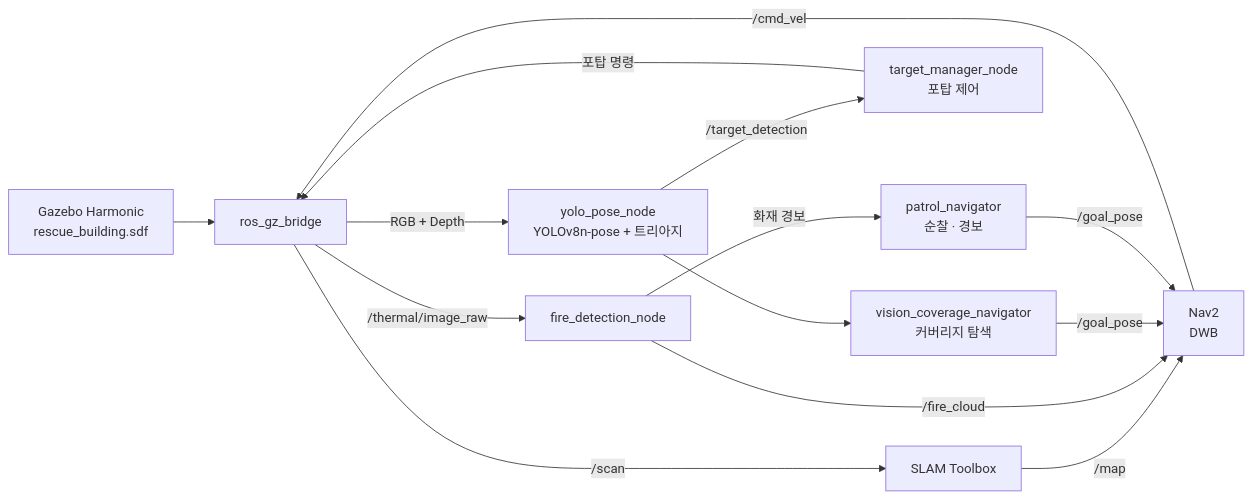
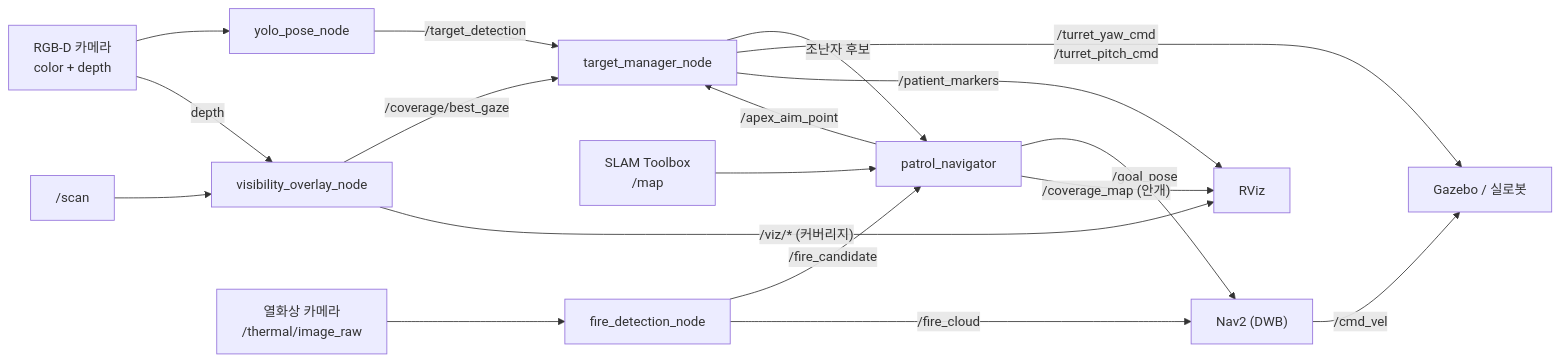
Before and after one commit to iamracco0n/ugv-rescue-robot: the diagram in README.md, drawn with Mermaid. The commit also changed other lines of this file and 10 other files, not shown here.

````diff
--- a/README.md
+++ b/README.md
@@ -56,21 +64,23 @@
 ```mermaid
-graph LR
-  GZ["Gazebo Harmonic<br/>rescue_building.sdf"]
-  BR["ros_gz_bridge"]
-  GZ --> BR
+flowchart LR
+    CAM["RGB-D 카메라<br/>color + depth"] --> YOLO[yolo_pose_node]
+    CAM -->|depth| OVL[visibility_overlay_node]
+    THERM["열화상 카메라<br/>/thermal/image_raw"] --> FIRE[fire_detection_node]
+    MAP["SLAM Toolbox<br/>/map"] --> PAT
+    SCAN["/scan"] --> OVL
 
-  BR -->|/scan| SLAM["SLAM Toolbox"]
-  BR -->|"RGB + Depth"| YOLO["yolo_pose_node<br/>YOLOv8n-pose + 트리아지"]
-  BR -->|"/thermal/image_raw"| FIRE["fire_detection_node"]
+    OVL -->|/coverage/best_gaze| TM[target_manager_node]
+    OVL -->|"/viz/* (커버리지)"| RVIZ["RViz"]
 
-  SLAM -->|/map| NAV["Nav2<br/>DWB"]
-  YOLO -->|/target_detection| TM["target_manager_node<br/>포탑 제어"]
-  YOLO --> COV["vision_coverage_navigator<br/>커버리지 탐색"]
-  FIRE -->|"/fire_cloud"| NAV
-  FIRE -->|"화재 경보"| PAT["patrol_navigator<br/>순찰 · 경보"]
+    YOLO -->|/target_detection| TM
+    TM -->|"조난자 후보"| PAT[patrol_navigator]
+    FIRE -->|"/fire_candidate"| PAT
+    FIRE -->|"/fire_cloud"| NAV2["Nav2 (DWB)"]
 
-  TM -->|"포탑 명령"| BR
-  COV -->|/goal_pose| NAV
-  PAT -->|/goal_pose| NAV
-  NAV -->|/cmd_vel| BR
+    PAT -->|/goal_pose| NAV2
+    PAT -->|"/coverage_map (안개)"| RVIZ
+    PAT -->|/apex_aim_point| TM
+    NAV2 -->|/cmd_vel| GZ["Gazebo / 실로봇"]
+    TM -->|"/turret_yaw_cmd<br/>/turret_pitch_cmd"| GZ
+    TM -->|/patient_markers| RVIZ
 ```
````
